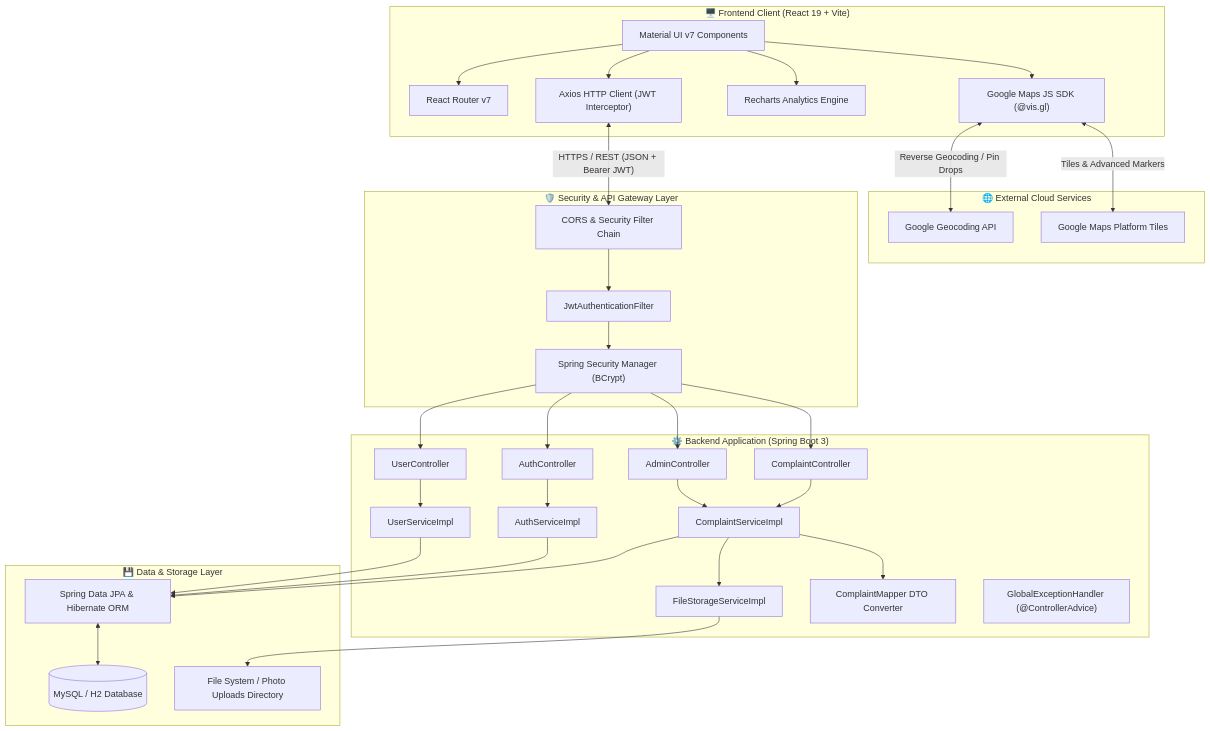
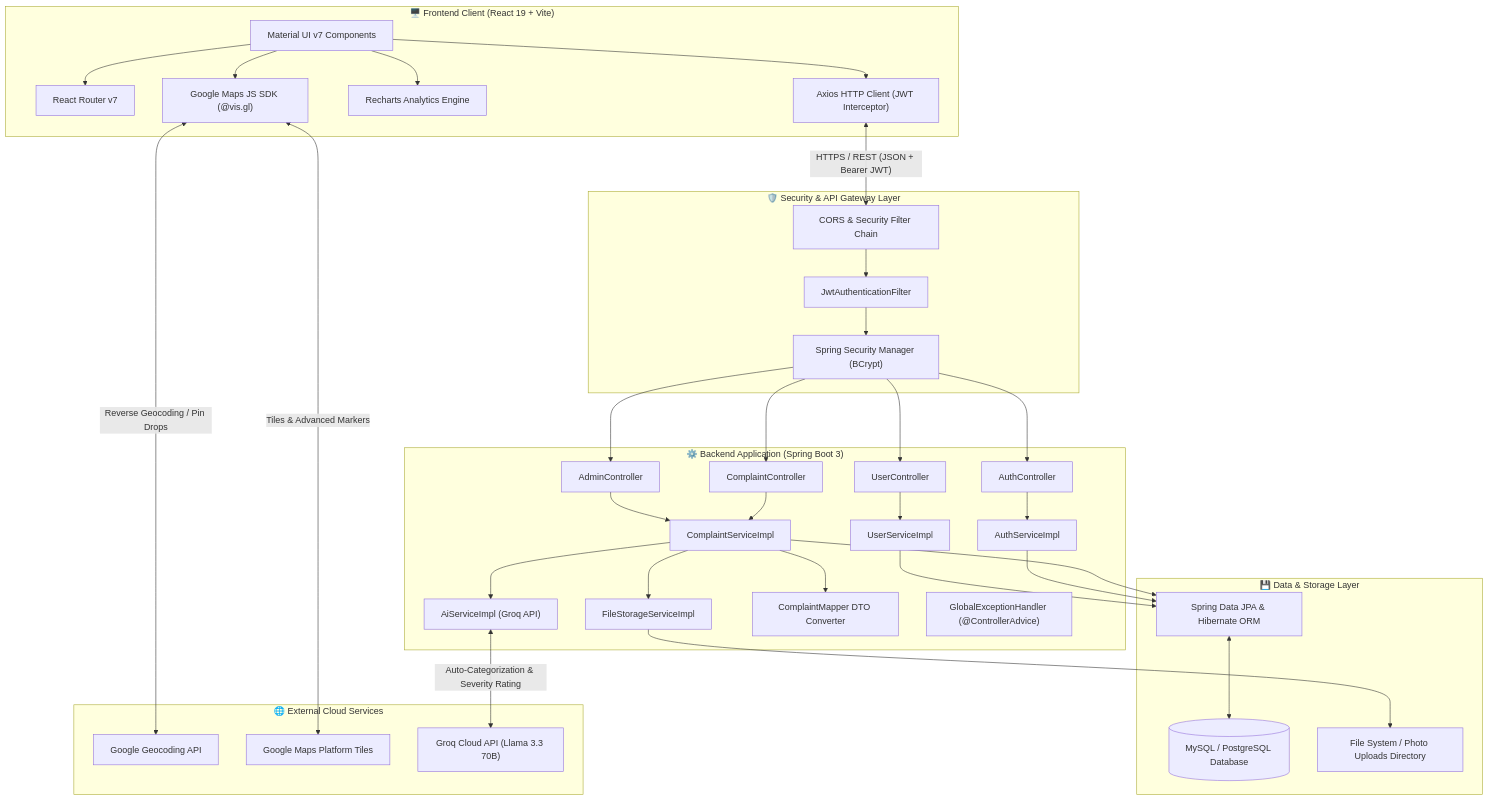
One commit to SHIBAM-GHOSH/UrbanFix changed the first of 4 diagrams in README.md. Above: the diagram before and after it, drawn with Mermaid. The commit also changed other lines of this file, not shown here.

Commit message:
diagram changes

```diff
--- a/README.md
+++ b/README.md
@@ -67,6 +48,7 @@
     subgraph ExternalServices ["🌐 External Cloud Services"]
         GoogleGeocoding["Google Geocoding API"]
         GoogleMapsTile["Google Maps Platform Tiles"]
+        GroqAI["Groq Cloud API (Llama 3.3 70B)"]
     end
 
     subgraph SecurityTier ["🛡️ Security & API Gateway Layer"]
@@ -84,6 +66,7 @@
         AuthService["AuthServiceImpl"]
         ComplaintService["ComplaintServiceImpl"]
         FileService["FileStorageServiceImpl"]
+        AiService["AiServiceImpl (Groq API)"]
         UserService["UserServiceImpl"]
         
         Mapper["ComplaintMapper DTO Converter"]
@@ -92,7 +75,7 @@
 
     subgraph PersistenceTier ["💾 Data & Storage Layer"]
         JPA["Spring Data JPA & Hibernate ORM"]
-        Database[("MySQL / H2 Database")]
+        Database[("MySQL / PostgreSQL Database")]
         LocalStorage["File System / Photo Uploads Directory"]
     end
 
@@ -102,9 +85,10 @@
     UI --> Charts
     UI --> AxiosClient
 
-    %% External Maps API Interactions
+    %% External Maps & AI API Interactions
     MapsSDK <-->|"Reverse Geocoding / Pin Drops"| GoogleGeocoding
     MapsSDK <-->|"Tiles & Advanced Markers"| GoogleMapsTile
+    AiService <-->|"Auto-Categorization & Severity Rating"| GroqAI
 
     %% Client to Backend Communication
     AxiosClient <-->|"HTTPS / REST (JSON + Bearer JWT)"| CORS
@@ -126,6 +110,7 @@
     %% Service to Storage & Mapper
     ComplaintService --> Mapper
     ComplaintService --> FileService
+    ComplaintService --> AiService
     FileService --> LocalStorage
     ComplaintService --> JPA
     AuthService --> JPA
```
